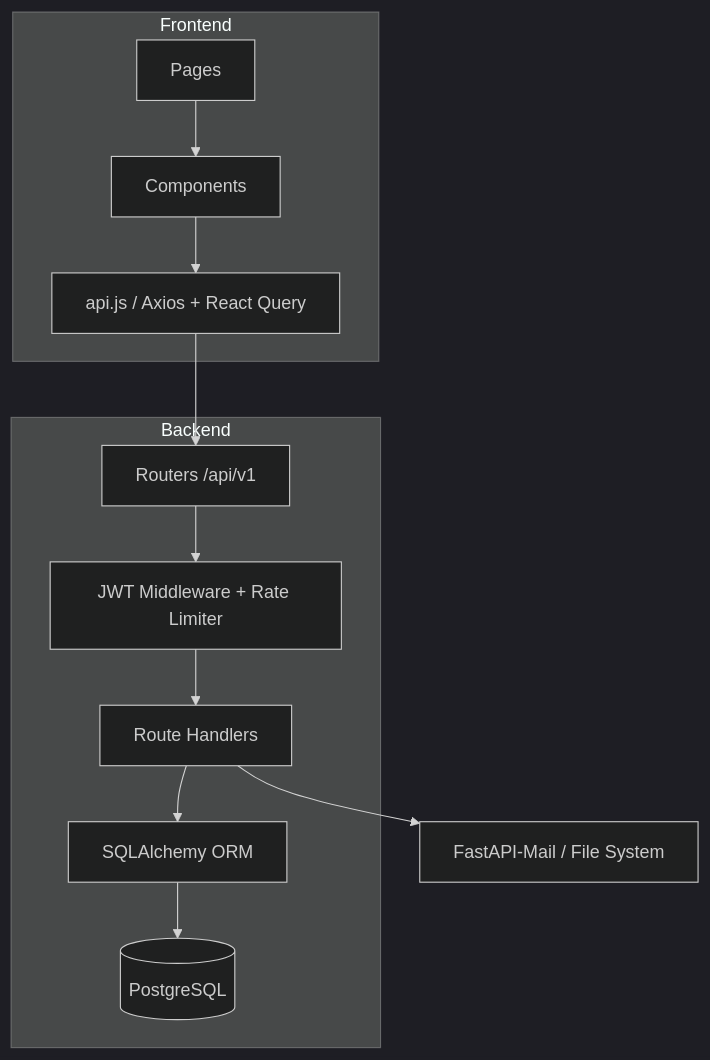
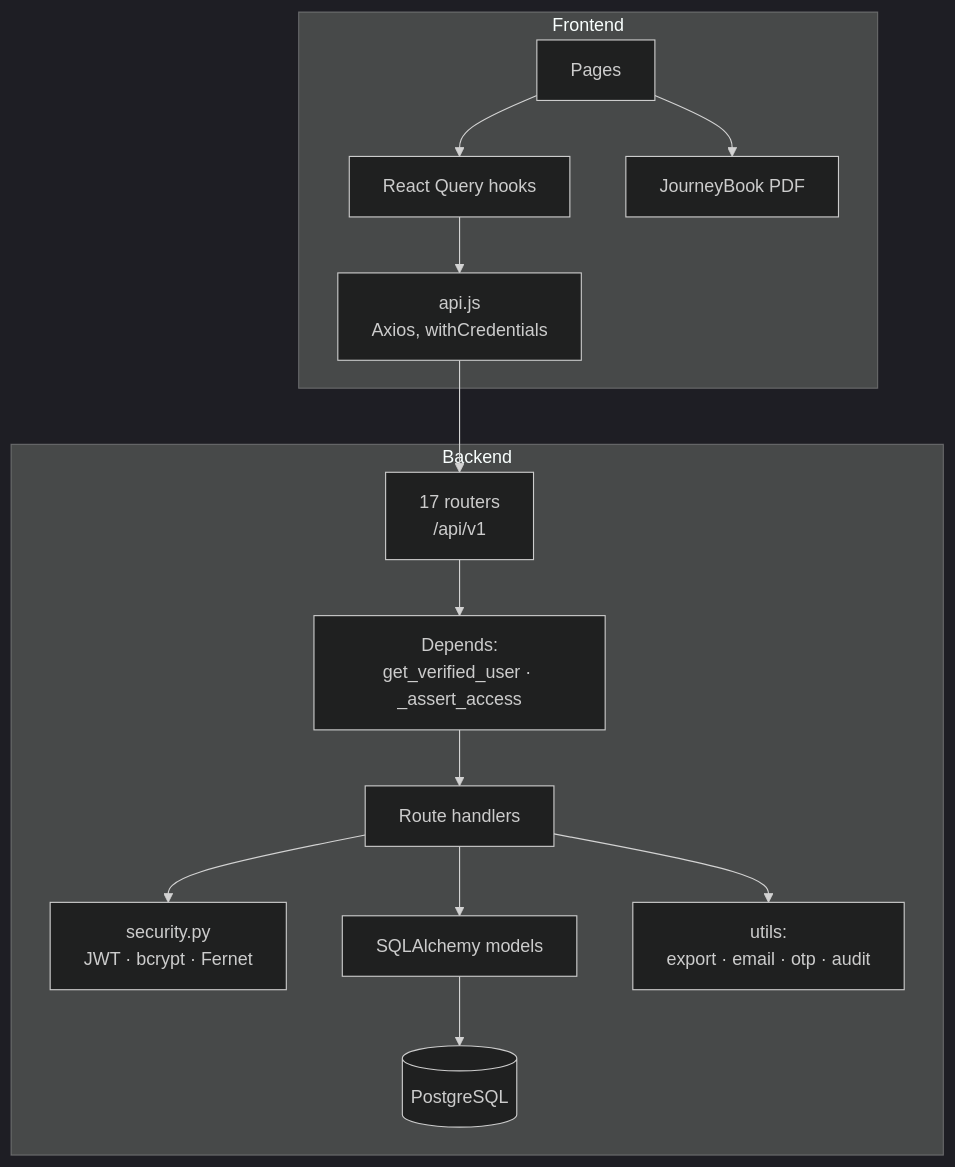
Before and after one commit to snsyaqirah/snsyaqirah.github.io: the third of 17 diagrams in portfolio-react/public/docs/planluhh.md, drawn with Mermaid (dark theme). The commit also changed other lines of this file and 101 other files, not shown here.

````diff
--- a/portfolio-react/public/docs/planluhh.md
+++ b/portfolio-react/public/docs/planluhh.md
@@ -124,15 +140,17 @@
 ```mermaid
 graph TD
     subgraph Frontend
-        P[Pages] --> C[Components]
-        C --> H[api.js / Axios + React Query]
+        P[Pages] --> Q[React Query hooks]
+        Q --> AX["api.js<br/>Axios, withCredentials"]
+        P --> JB[JourneyBook PDF]
     end
     subgraph Backend
-        R[Routers /api/v1] --> MW[JWT Middleware + Rate Limiter]
-        MW --> E[Route Handlers]
-        E --> S[SQLAlchemy ORM]
-        S --> DB[(PostgreSQL)]
+        R["17 routers<br/>/api/v1"] --> D["Depends:<br/>get_verified_user · _assert_access"]
+        D --> H[Route handlers]
+        H --> C["security.py<br/>JWT · bcrypt · Fernet"]
+        H --> O[SQLAlchemy models]
+        H --> X["utils:<br/>export · email · otp · audit"]
+        O --> DB[(PostgreSQL)]
     end
-    H --> R
-    E --> EXT[FastAPI-Mail / File System]
+    AX --> R
 ```
````
